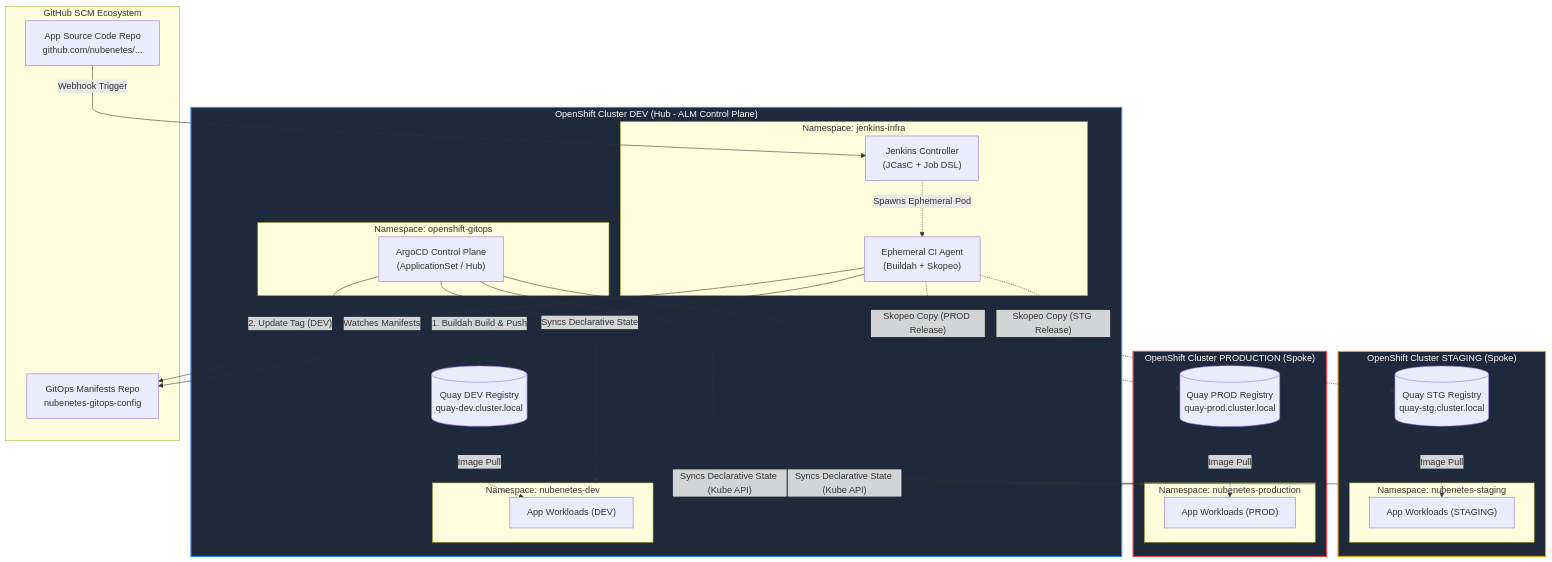
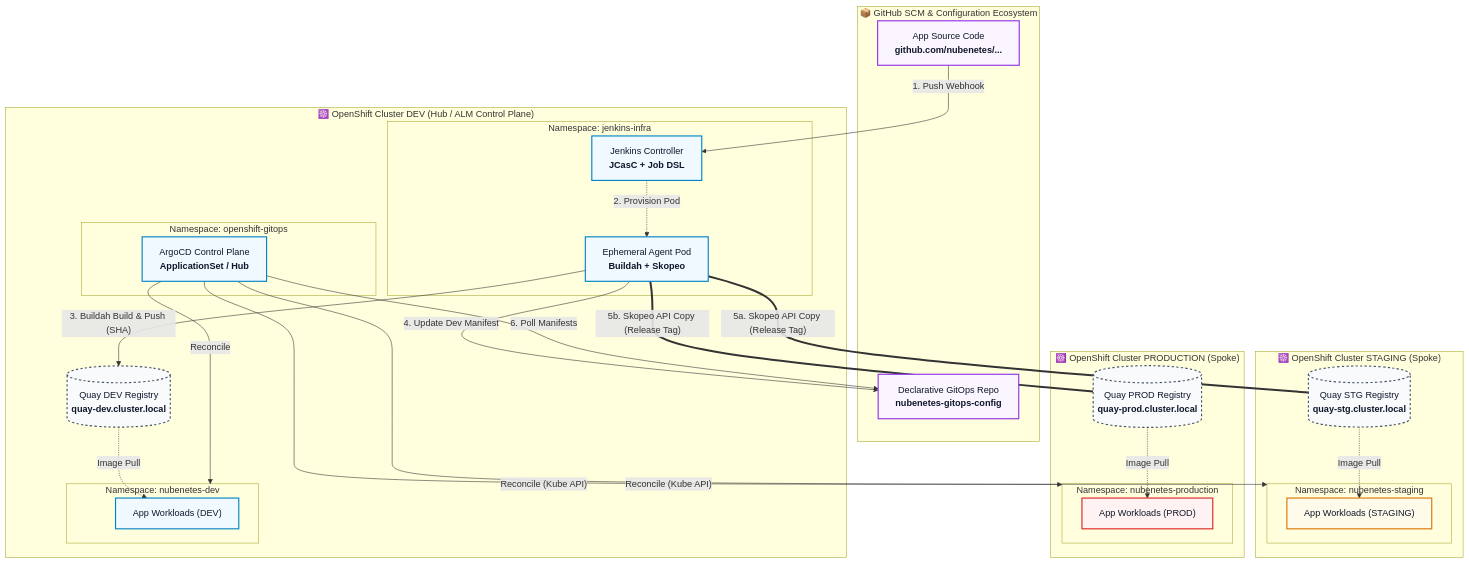
One commit to nubenetes/jenkins-argocd-openshift-2026 changed the first of 2 diagrams in README.md. Above: the diagram before and after it, drawn with Mermaid. The commit also changed other lines of this file, not shown here.

Commit message:
docs(diagrams): enhance Mermaid styling for high contrast and dual theme compatibility

````diff
--- a/README.md
+++ b/README.md
@@ -70,64 +70,63 @@
 ```mermaid
-graph TD
-    subgraph OCP_DEV["OpenShift Cluster DEV (Hub - ALM Control Plane)"]
-        style OCP_DEV fill:#1e293b,stroke:#3b82f6,stroke-width:2px,color:#fff
-        
+flowchart TD
+    %% Styling Classes with High Contrast & Dual-Theme Compatibility
+    classDef hubStyle fill:#f0f9ff,stroke:#0284c7,stroke-width:2px,color:#0f172a;
+    classDef stgStyle fill:#fffbeb,stroke:#d97706,stroke-width:2px,color:#0f172a;
+    classDef prodStyle fill:#fef2f2,stroke:#dc2626,stroke-width:2px,color:#0f172a;
+    classDef gitStyle fill:#faf5ff,stroke:#9333ea,stroke-width:2px,color:#0f172a;
+    classDef regStyle fill:#f8fafc,stroke:#475569,stroke-width:2px,stroke-dasharray: 4 4,color:#0f172a;
+
+    subgraph GITHUB["📦 GitHub SCM & Configuration Ecosystem"]
+        REPO_APP["App Source Code<br/><b>github.com/nubenetes/...</b>"]:::gitStyle
+        REPO_GITOPS["Declarative GitOps Repo<br/><b>nubenetes-gitops-config</b>"]:::gitStyle
+    end
+
+    subgraph OCP_DEV["☸️ OpenShift Cluster DEV (Hub / ALM Control Plane)"]
         subgraph NS_JENKINS["Namespace: jenkins-infra"]
-            JC["Jenkins Controller<br/>(JCasC + Job DSL)"]
-            JA["Ephemeral CI Agent<br/>(Buildah + Skopeo)"]
-        end
-        
-        subgraph NS_ARGOCD["Namespace: openshift-gitops"]
-            ARGO["ArgoCD Control Plane<br/>(ApplicationSet / Hub)"]
-        end
-        
-        subgraph NS_APP_DEV["Namespace: nubenetes-dev"]
-            APP_DEV["App Workloads (DEV)"]
+            JC["Jenkins Controller<br/><b>JCasC + Job DSL</b>"]:::hubStyle
+            JA["Ephemeral Agent Pod<br/><b>Buildah + Skopeo</b>"]:::hubStyle
         end
 
-        QUAY_DEV[("Quay DEV Registry<br/>quay-dev.cluster.local")]
+        subgraph NS_ARGOCD["Namespace: openshift-gitops"]
+            ARGO["ArgoCD Control Plane<br/><b>ApplicationSet / Hub</b>"]:::hubStyle
+        end
+
+        subgraph NS_APP_DEV["Namespace: nubenetes-dev"]
+            APP_DEV["App Workloads (DEV)"]:::hubStyle
+        end
+
+        QUAY_DEV[("Quay DEV Registry<br/><b>quay-dev.cluster.local</b>")]:::regStyle
     end
 
-    subgraph OCP_STG["OpenShift Cluster STAGING (Spoke)"]
-        style OCP_STG fill:#1e293b,stroke:#f59e0b,stroke-width:2px,color:#fff
-        
+    subgraph OCP_STG["☸️ OpenShift Cluster STAGING (Spoke)"]
         subgraph NS_APP_STG["Namespace: nubenetes-staging"]
-            APP_STG["App Workloads (STAGING)"]
+            APP_STG["App Workloads (STAGING)"]:::stgStyle
         end
-        
-        QUAY_STG[("Quay STG Registry<br/>quay-stg.cluster.local")]
+        QUAY_STG[("Quay STG Registry<br/><b>quay-stg.cluster.local</b>")]:::regStyle
     end
 
-    subgraph OCP_PROD["OpenShift Cluster PRODUCTION (Spoke)"]
-        style OCP_PROD fill:#1e293b,stroke:#ef4444,stroke-width:2px,color:#fff
-        
+    subgraph OCP_PROD["☸️ OpenShift Cluster PRODUCTION (Spoke)"]
         subgraph NS_APP_PROD["Namespace: nubenetes-production"]
-            APP_PROD["App Workloads (PROD)"]
+            APP_PROD["App Workloads (PROD)"]:::prodStyle
         end
-        
-        QUAY_PROD[("Quay PROD Registry<br/>quay-prod.cluster.local")]
+        QUAY_PROD[("Quay PROD Registry<br/><b>quay-prod.cluster.local</b>")]:::regStyle
     end
 
-    subgraph GITHUB["GitHub SCM Ecosystem"]
-        REPO_APP["App Source Code Repo<br/>github.com/nubenetes/..."]
-        REPO_GITOPS["GitOps Manifests Repo<br/>nubenetes-gitops-config"]
-    end
+    %% Flow connections
+    REPO_APP -->|"1. Push Webhook"| JC
+    JC -.->|"2. Provision Pod"| JA
+    JA -->|"3. Buildah Build & Push (SHA)"| QUAY_DEV
+    JA -->|"4. Update Dev Manifest"| REPO_GITOPS
+    
+    JA ===|"5a. Skopeo API Copy (Release Tag)"| QUAY_STG
+    JA ===|"5b. Skopeo API Copy (Release Tag)"| QUAY_PROD
 
-    %% Interactions
-    REPO_APP -->|"Webhook Trigger"| JC
-    JC -.->|"Spawns Ephemeral Pod"| JA
-    JA -->|"1. Buildah Build & Push"| QUAY_DEV
-    JA -->|"2. Update Tag (DEV)"| REPO_GITOPS
-    
-    JA -.->|"Skopeo Copy (STG Release)"| QUAY_STG
-    JA -.->|"Skopeo Copy (PROD Release)"| QUAY_PROD
-
-    ARGO -->|"Watches Manifests"| REPO_GITOPS
-    ARGO -->|"Syncs Declarative State"| NS_APP_DEV
-    ARGO -->|"Syncs Declarative State (Kube API)"| NS_APP_STG
-    ARGO -->|"Syncs Declarative State (Kube API)"| NS_APP_PROD
+    ARGO -->|"6. Poll Manifests"| REPO_GITOPS
+    ARGO -->|"Reconcile"| NS_APP_DEV
+    ARGO -->|"Reconcile (Kube API)"| NS_APP_STG
+    ARGO -->|"Reconcile (Kube API)"| NS_APP_PROD
 
     QUAY_DEV -.->|"Image Pull"| APP_DEV
     QUAY_STG -.->|"Image Pull"| APP_STG
     QUAY_PROD -.->|"Image Pull"| APP_PROD
 ```
````
